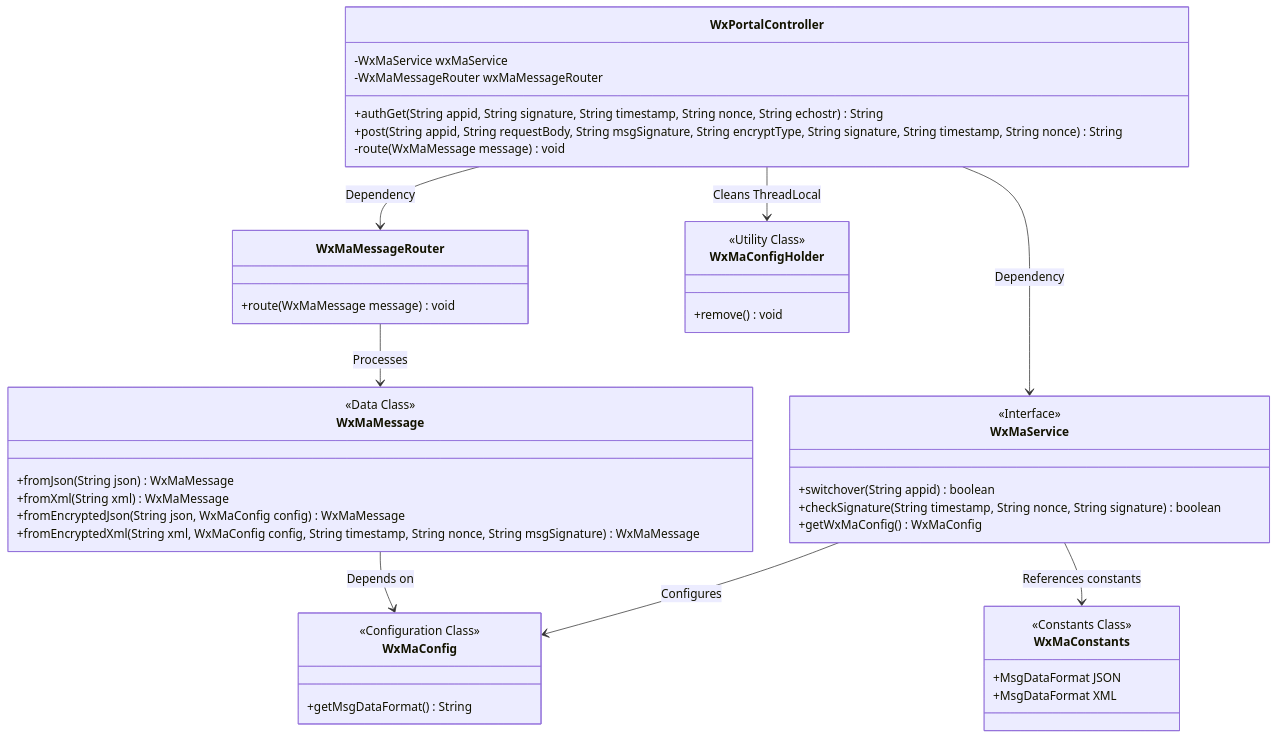
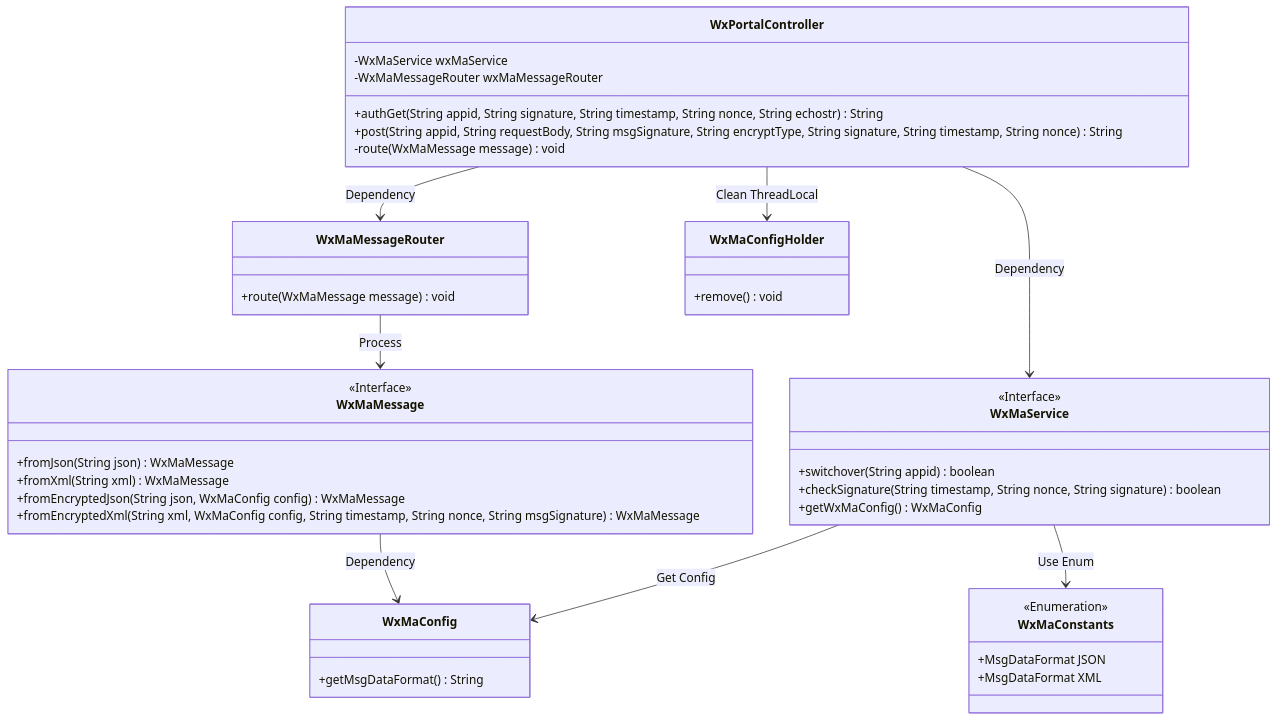
Before and after one commit to v-wjrong/rongwj666_weixin-java-miniapp-demo: the first of 3 diagrams in docs/en/docs/src/main/java/com/github/binarywang/demo/wx/miniapp/controller/WxPortalController.md, drawn with Mermaid. The commit also changed other lines of this file and 46 other files, not shown here.

````diff
--- a/docs/en/docs/src/main/java/com/github/binarywang/demo/wx/miniapp/controller/WxPortalController.md
+++ b/docs/en/docs/src/main/java/com/github/binarywang/demo/wx/miniapp/controller/WxPortalController.md
@@ -36,53 +36,51 @@
 ```mermaid
 classDiagram
     class WxPortalController {
         -WxMaService wxMaService
         -WxMaMessageRouter wxMaMessageRouter
         +authGet(String appid, String signature, String timestamp, String nonce, String echostr) String
         +post(String appid, String requestBody, String msgSignature, String encryptType, String signature, String timestamp, String nonce) String
         -route(WxMaMessage message) void
     }
 
     class WxMaService {
         <<Interface>>
         +switchover(String appid) boolean
         +checkSignature(String timestamp, String nonce, String signature) boolean
         +getWxMaConfig() WxMaConfig
     }
 
     class WxMaMessageRouter {
         +route(WxMaMessage message) void
     }
 
     class WxMaMessage {
-        <<Data Class>>
+        <<Interface>>
         +fromJson(String json) WxMaMessage
         +fromXml(String xml) WxMaMessage
         +fromEncryptedJson(String json, WxMaConfig config) WxMaMessage
         +fromEncryptedXml(String xml, WxMaConfig config, String timestamp, String nonce, String msgSignature) WxMaMessage
     }
 
     class WxMaConfig {
-        <<Configuration Class>>
         +getMsgDataFormat() String
     }
 
+    class WxMaConfigHolder {
+        +remove() void
+    }
+
     class WxMaConstants {
-        <<Constants Class>>
+        <<Enumeration>>
         +MsgDataFormat JSON
         +MsgDataFormat XML
     }
 
-    class WxMaConfigHolder {
-        <<Utility Class>>
-        +remove() void
-    }
-
     WxPortalController --> WxMaService : Dependency
     WxPortalController --> WxMaMessageRouter : Dependency
-    WxMaMessageRouter --> WxMaMessage : Processes
-    WxMaMessage --> WxMaConfig : Depends on
-    WxMaService --> WxMaConfig : Configures
-    WxMaService --> WxMaConstants : References constants
-    WxPortalController --> WxMaConfigHolder : Cleans ThreadLocal
+    WxMaMessageRouter --> WxMaMessage : Process
+    WxMaService --> WxMaConfig : Get Config
+    WxMaMessage --> WxMaConfig : Dependency
+    WxPortalController --> WxMaConfigHolder : Clean ThreadLocal
+    WxMaService --> WxMaConstants : Use Enum
 ```
````
